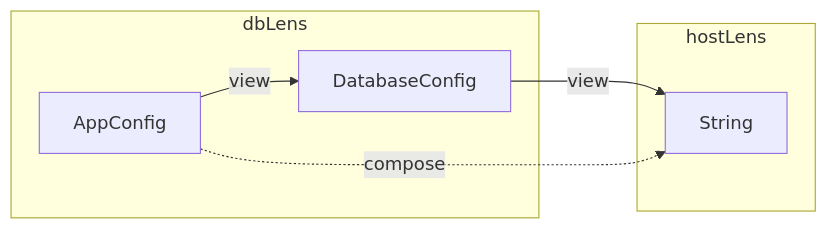
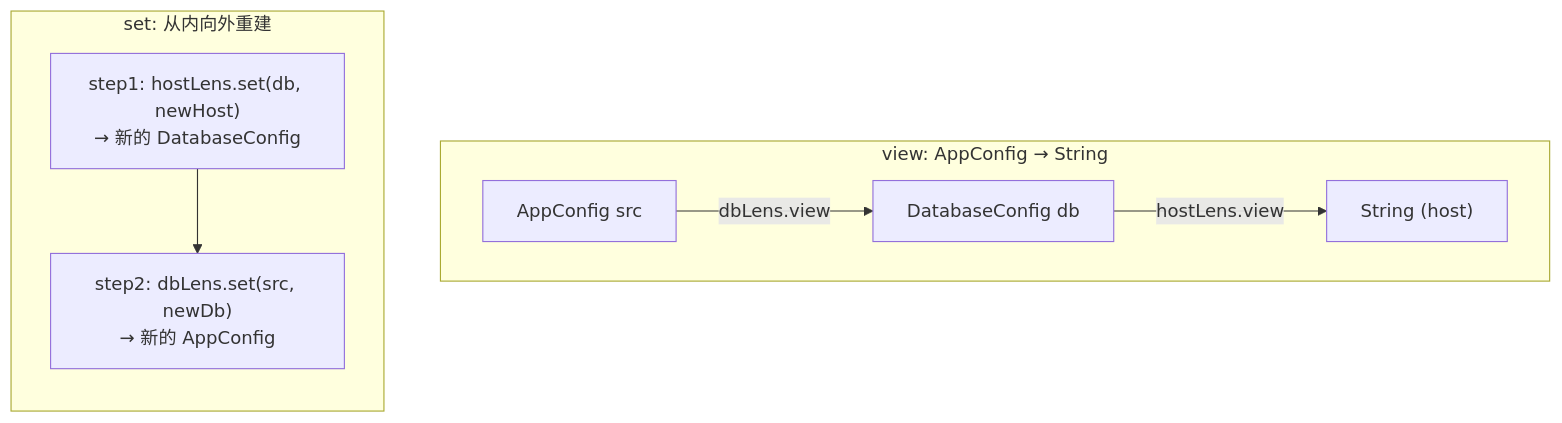
Before and after one commit to Tower-of-Sighs/OELib: the third of 13 diagrams in docs/config/chapter-10-optics.md, drawn with Mermaid. The commit also changed other lines of this file and 242 other files, not shown here.

````diff
--- a/docs/config/chapter-10-optics.md
+++ b/docs/config/chapter-10-optics.md
@@ -112,11 +173,13 @@
 ```mermaid
-graph LR
-    subgraph dbLens [dbLens]
-        AppConfig -- view --> DatabaseConfig
+flowchart TD
+    subgraph view[view: AppConfig → String]
+        direction LR
+        APP1["AppConfig src"] -->|"dbLens.view"| DB1["DatabaseConfig db"]
+        DB1 -->|"hostLens.view"| STR1["String (host)"]
     end
-    subgraph hostLens [hostLens]
-        DatabaseConfig -- view --> String
+
+    subgraph set[set: 从内向外重建]
+        direction TB
+        STEP1["step1: hostLens.set(db, newHost)<br/>→ 新的 DatabaseConfig"] --> STEP2["step2: dbLens.set(src, newDb)<br/>→ 新的 AppConfig"]
     end
-    AppConfig -. compose .-> String
-
 ```
````
